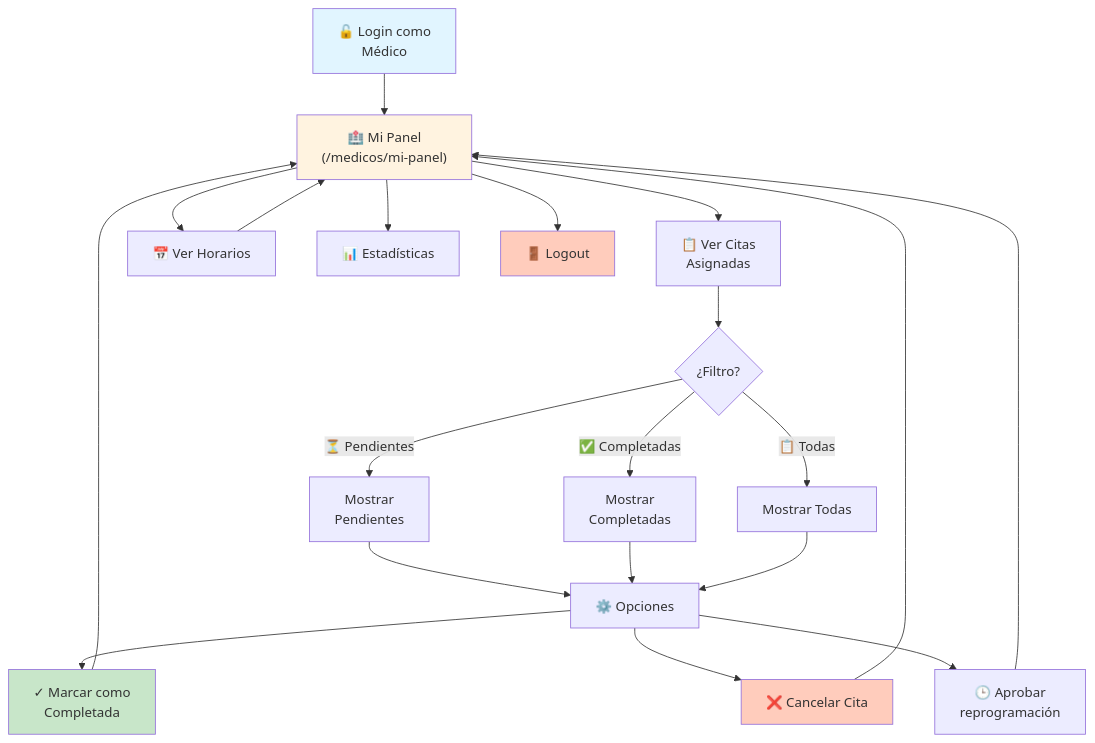
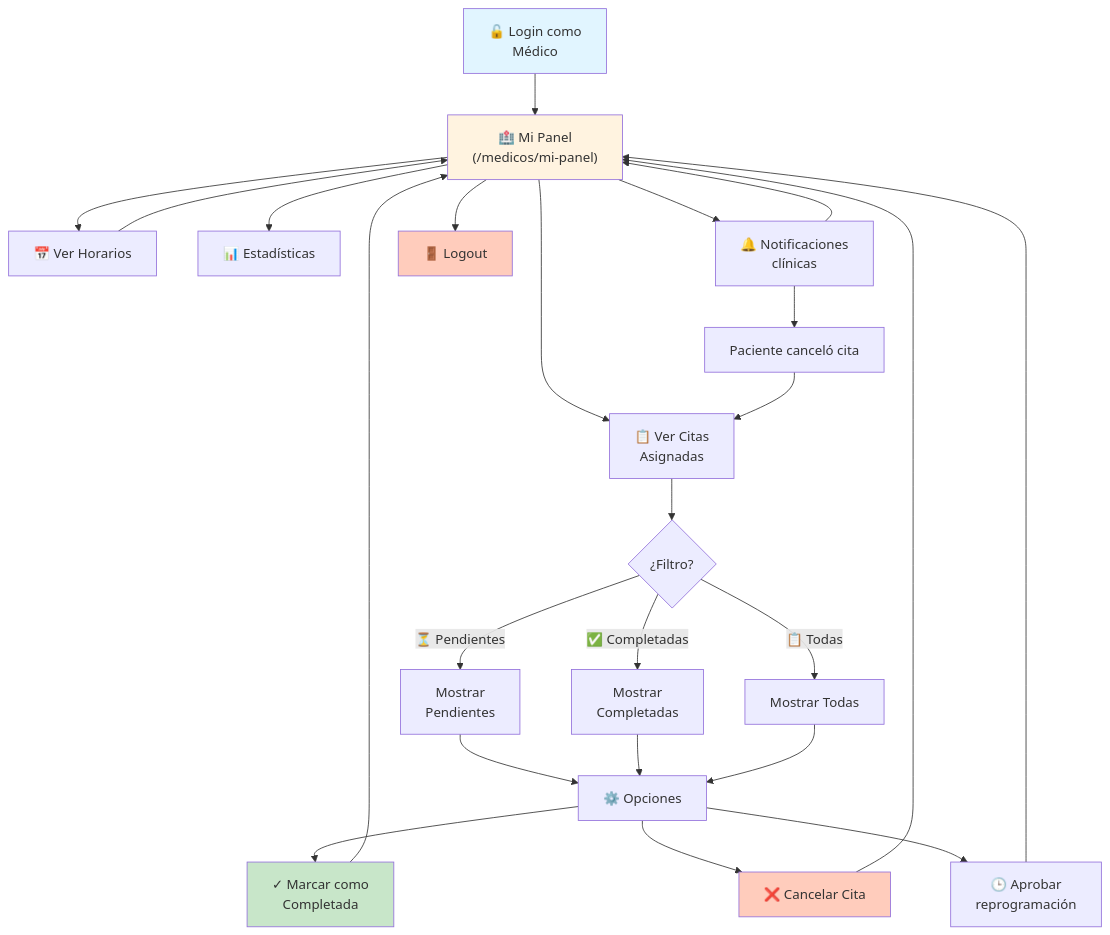
The sixth of 8 diagrams in README.md (EdwardAR/CIS_II), drawn with Mermaid before and after one commit. The commit also changed other lines of this file and 1 other file, not shown here.

````diff
--- a/README.md
+++ b/README.md
@@ -805,31 +829,35 @@
 ```mermaid
 graph TD
     A["🔓 Login como<br/>Médico"] --> B["🏥 Mi Panel<br/>(/medicos/mi-panel)"]
     B --> C["📋 Ver Citas<br/>Asignadas"]
     B --> D["📅 Ver Horarios"]
     B --> E["📊 Estadísticas"]
+    B --> O["🔔 Notificaciones<br/>clínicas"]
     
     C --> F{¿Filtro?}
     F -->|⏳ Pendientes| G["Mostrar<br/>Pendientes"]
     F -->|✅ Completadas| H["Mostrar<br/>Completadas"]
     F -->|📋 Todas| I["Mostrar Todas"]
     
     G --> J["⚙️ Opciones"]
     H --> J
     I --> J
     J --> K["✓ Marcar como<br/>Completada"]
     J --> L["❌ Cancelar Cita"]
     J --> N["🕒 Aprobar<br/>reprogramación"]
+    O --> Q["Paciente canceló cita"]
+    Q --> C
     
     D --> B
     K --> B
     L --> B
     N --> B
+    O --> B
     B --> M["🚪 Logout"]
     
     style A fill:#e1f5ff
     style B fill:#fff3e0
     style K fill:#c8e6c9
     style L fill:#ffccbc
     style M fill:#ffccbc
 ```
````
